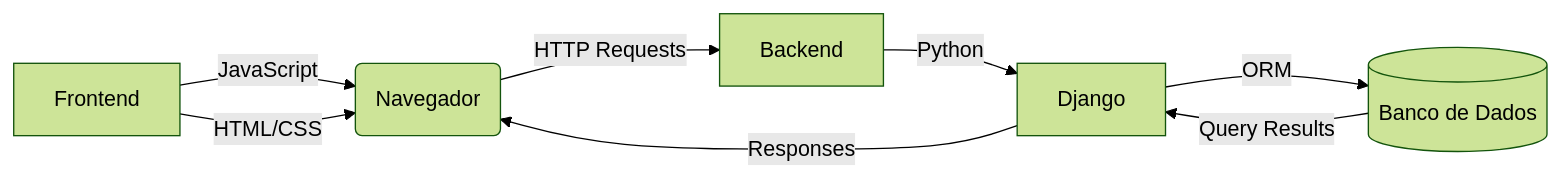
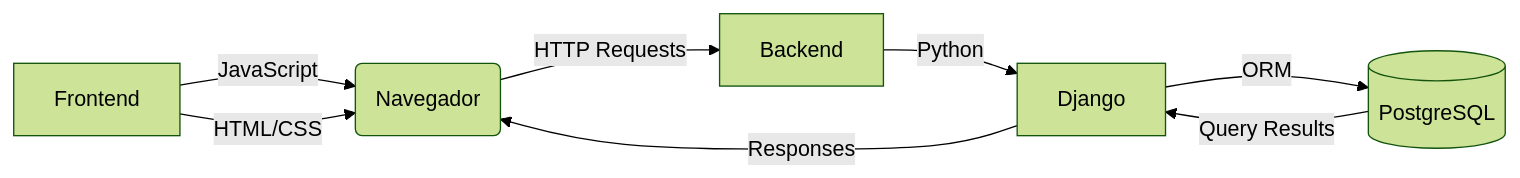
One commit to mdsreq-fga-unb/2025.1-T01-CapitalNexus changed the diagram in docs/index.md. Above: the diagram before and after it, drawn with Mermaid (forest theme). The commit also changed other lines of this file, not shown here.

````diff
--- a/docs/index.md
+++ b/docs/index.md
@@ -137,10 +137,10 @@
 ```mermaid
 graph LR
 A[Frontend] -->|JavaScript| B(Navegador)
 A -->|HTML/CSS| B
 B -->|HTTP Requests| C[Backend]
 C -->|Python| D[Django]
-D -->|ORM| E[(Banco de Dados)]
+D -->|ORM| E[(PostgreSQL)]
 E -->|Query Results| D
 D -->|Responses| B
 ```
````
